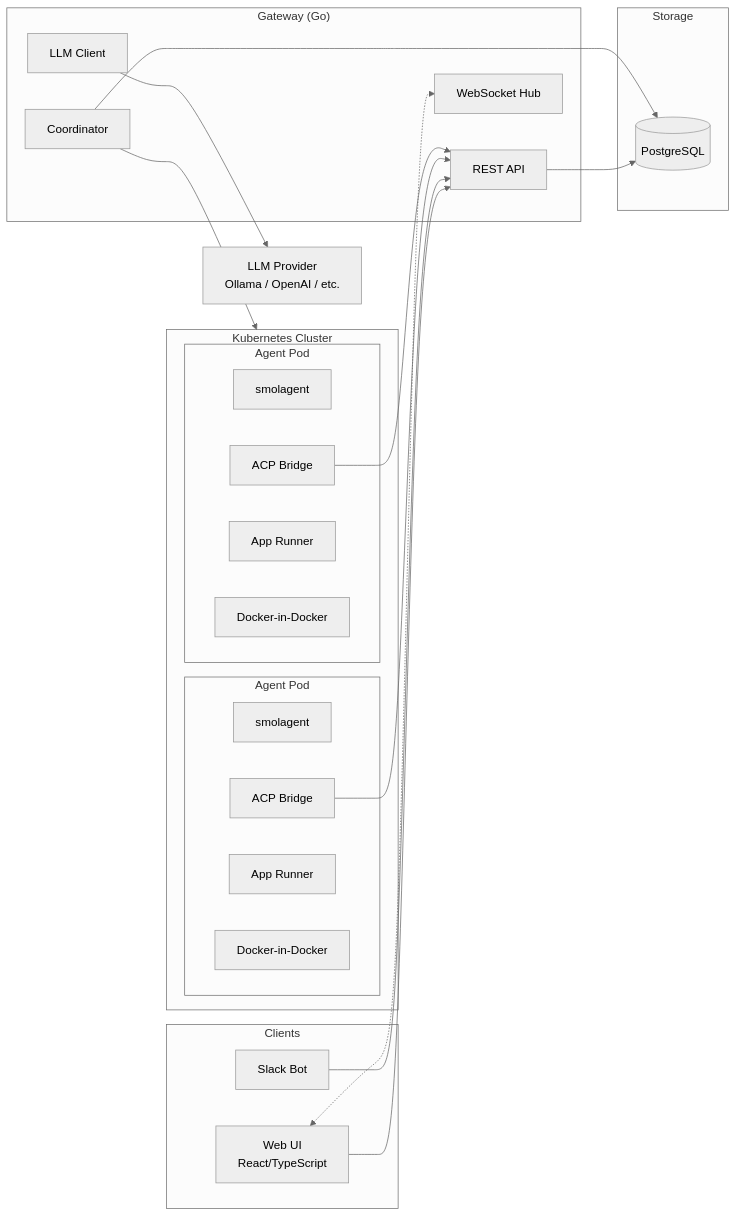
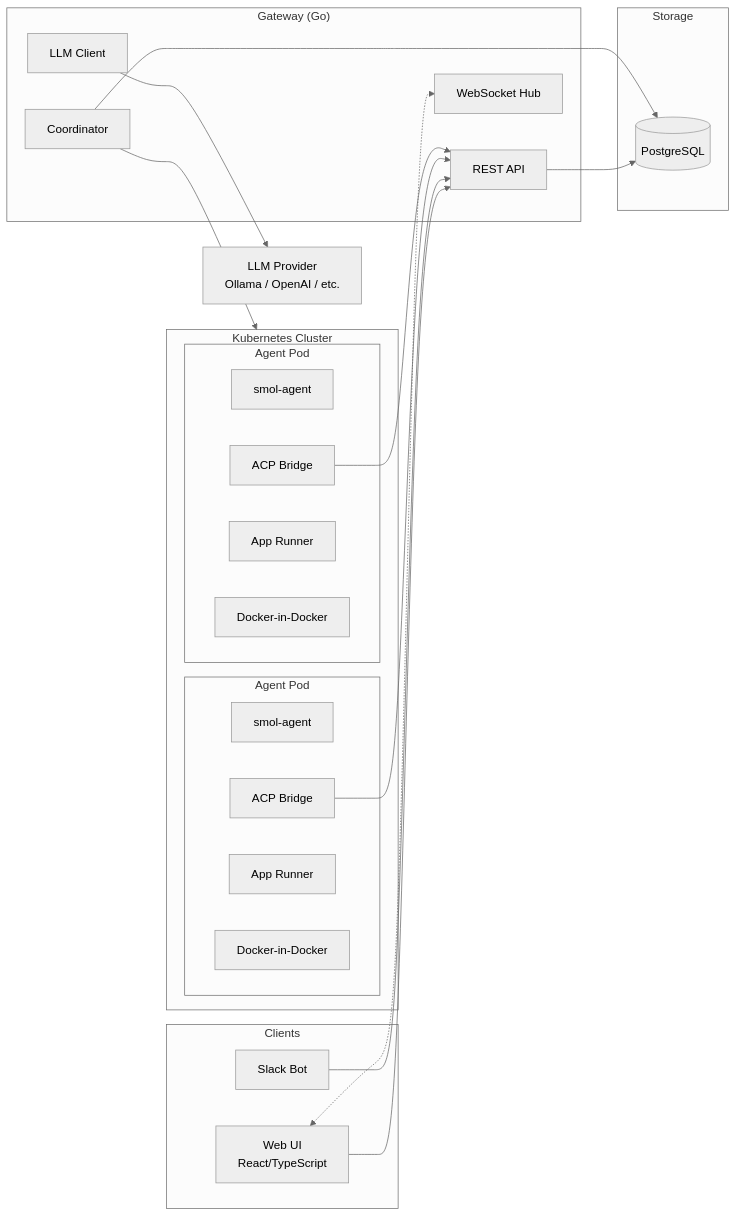
The first of 3 diagrams in README.md (streed/smol-gang), drawn with Mermaid (neutral theme) before and after one commit. The commit also changed other lines of this file and 1 other file, not shown here.

Commit message:
smolagent -> smol-agent

````diff
--- a/README.md
+++ b/README.md
@@ -9,43 +9,43 @@
 ```mermaid
 graph LR
     subgraph Clients
         Web[Web UI<br/>React/TypeScript]
         Slack[Slack Bot]
     end
 
     subgraph Gateway["Gateway (Go)"]
         API[REST API]
         Coord[Coordinator]
         WSHub[WebSocket Hub]
         LLM[LLM Client]
     end
 
     subgraph Storage
         PG[(PostgreSQL)]
     end
 
     subgraph K8s["Kubernetes Cluster"]
         subgraph Pod1["Agent Pod"]
-            Agent1[smolagent]
+            Agent1[smol-agent]
             Bridge1[ACP Bridge]
             App1[App Runner]
             DinD1[Docker-in-Docker]
         end
         subgraph Pod2["Agent Pod"]
-            Agent2[smolagent]
+            Agent2[smol-agent]
             Bridge2[ACP Bridge]
             App2[App Runner]
             DinD2[Docker-in-Docker]
         end
     end
 
     Web --> API
     Slack --> API
     Web <-.-> WSHub
     API --> PG
     Coord --> PG
     Coord --> K8s
     Bridge1 --> API
     Bridge2 --> API
     LLM --> Ollama[LLM Provider<br/>Ollama / OpenAI / etc.]
 ```
````
